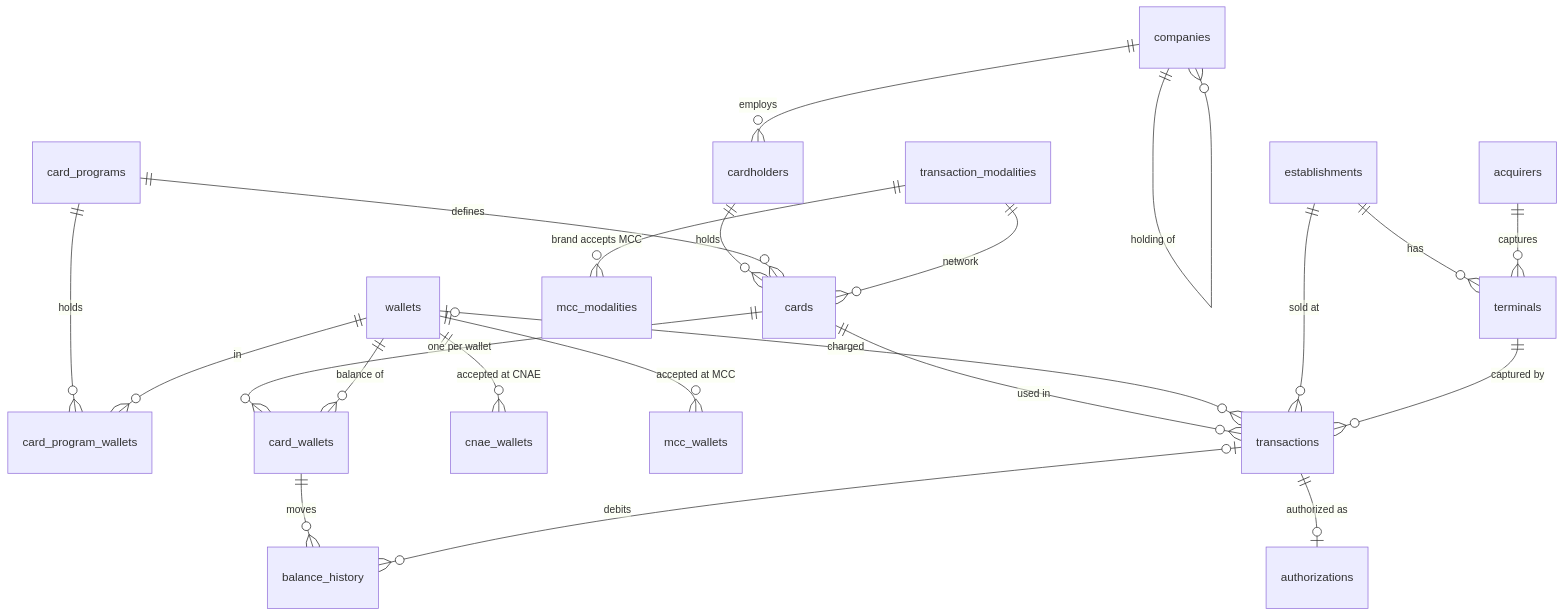
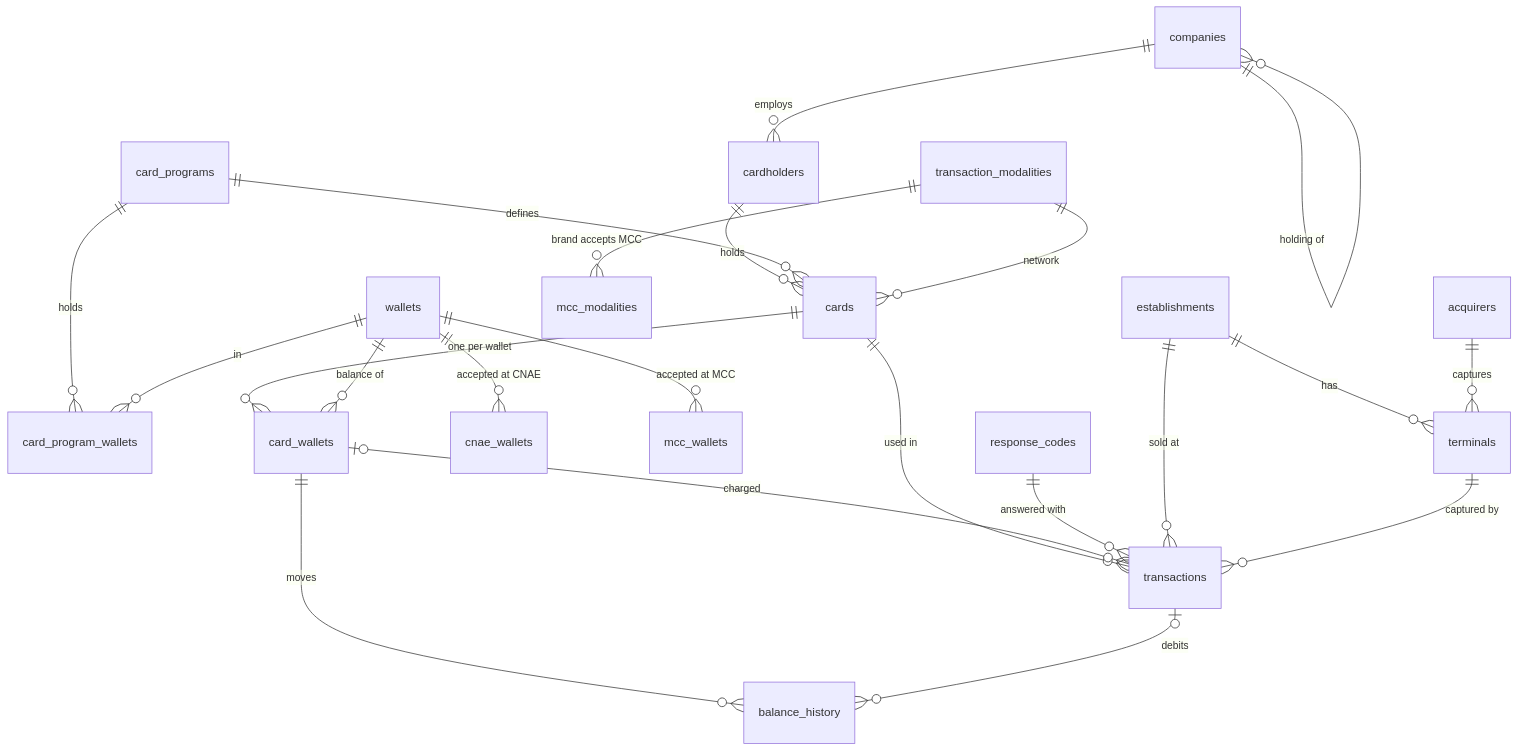
One commit to Nic-Soares/corporate-benefits-transactions changed the diagram in docs/data-strategy.md. Above: the diagram before and after it, drawn with Mermaid. The commit also changed other lines of this file and 4 other files, not shown here.

Commit message:
docs: ADR-008 transaction record, ER and flow diagrams, roadmap ST-06.4

````diff
--- a/docs/data-strategy.md
+++ b/docs/data-strategy.md
@@ -7,24 +7,24 @@
 ```mermaid
 erDiagram
     card_programs ||--o{ card_program_wallets : "holds"
     wallets ||--o{ card_program_wallets : "in"
     companies ||--o{ companies : "holding of"
     companies ||--o{ cardholders : "employs"
     cardholders ||--o{ cards : "holds"
     card_programs ||--o{ cards : "defines"
     transaction_modalities ||--o{ cards : "network"
     cards ||--o{ card_wallets : "one per wallet"
     wallets ||--o{ card_wallets : "balance of"
     wallets ||--o{ cnae_wallets : "accepted at CNAE"
     wallets ||--o{ mcc_wallets : "accepted at MCC"
     transaction_modalities ||--o{ mcc_modalities : "brand accepts MCC"
     establishments ||--o{ terminals : "has"
     acquirers ||--o{ terminals : "captures"
     cards ||--o{ transactions : "used in"
-    wallets |o--o{ transactions : "charged"
+    card_wallets |o--o{ transactions : "charged"
+    response_codes ||--o{ transactions : "answered with"
     establishments ||--o{ transactions : "sold at"
     terminals ||--o{ transactions : "captured by"
-    transactions ||--o| authorizations : "authorized as"
     card_wallets ||--o{ balance_history : "moves"
     transactions |o--o{ balance_history : "debits"
 ```
````
